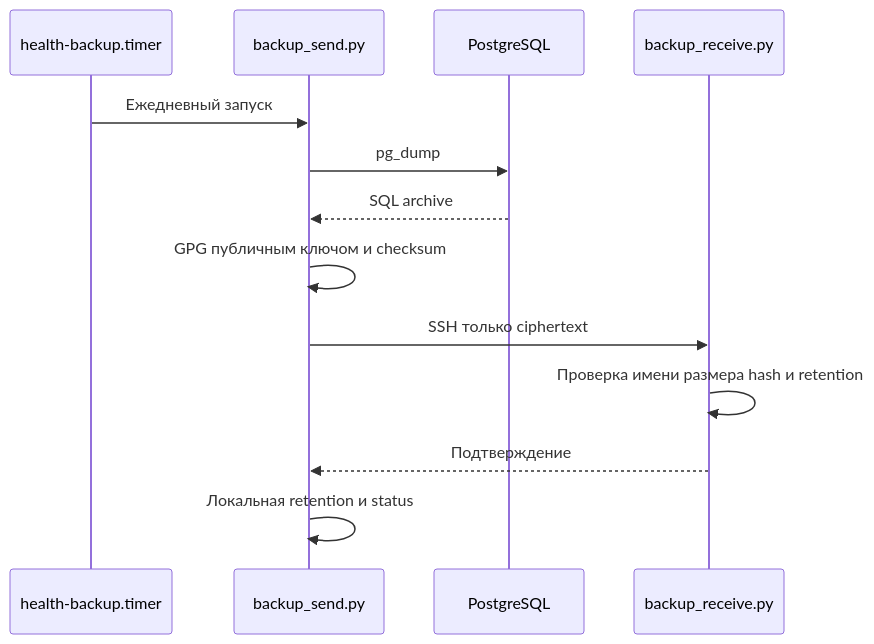
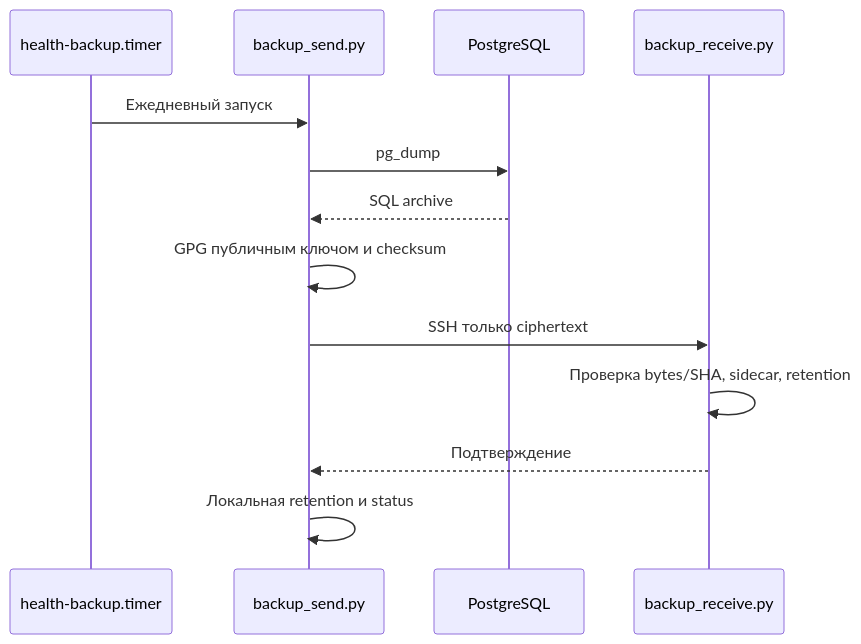
Before and after one commit to arturican/health: the tenth of 11 diagrams in docs/ARCHITECTURE.md, drawn with Mermaid. The commit also changed other lines of this file and 5 other files, not shown here.

````diff
--- a/docs/ARCHITECTURE.md
+++ b/docs/ARCHITECTURE.md
@@ -390,15 +472,15 @@
 ```mermaid
 sequenceDiagram
     participant T as health-backup.timer
     participant S as backup_send.py
     participant DB as PostgreSQL
     participant R as backup_receive.py
     T->>S: Ежедневный запуск
     S->>DB: pg_dump
     DB-->>S: SQL archive
     S->>S: GPG публичным ключом и checksum
     S->>R: SSH только ciphertext
-    R->>R: Проверка имени размера hash и retention
+    R->>R: Проверка bytes/SHA, sidecar, retention
     R-->>S: Подтверждение
     S->>S: Локальная retention и status
 ```
````
